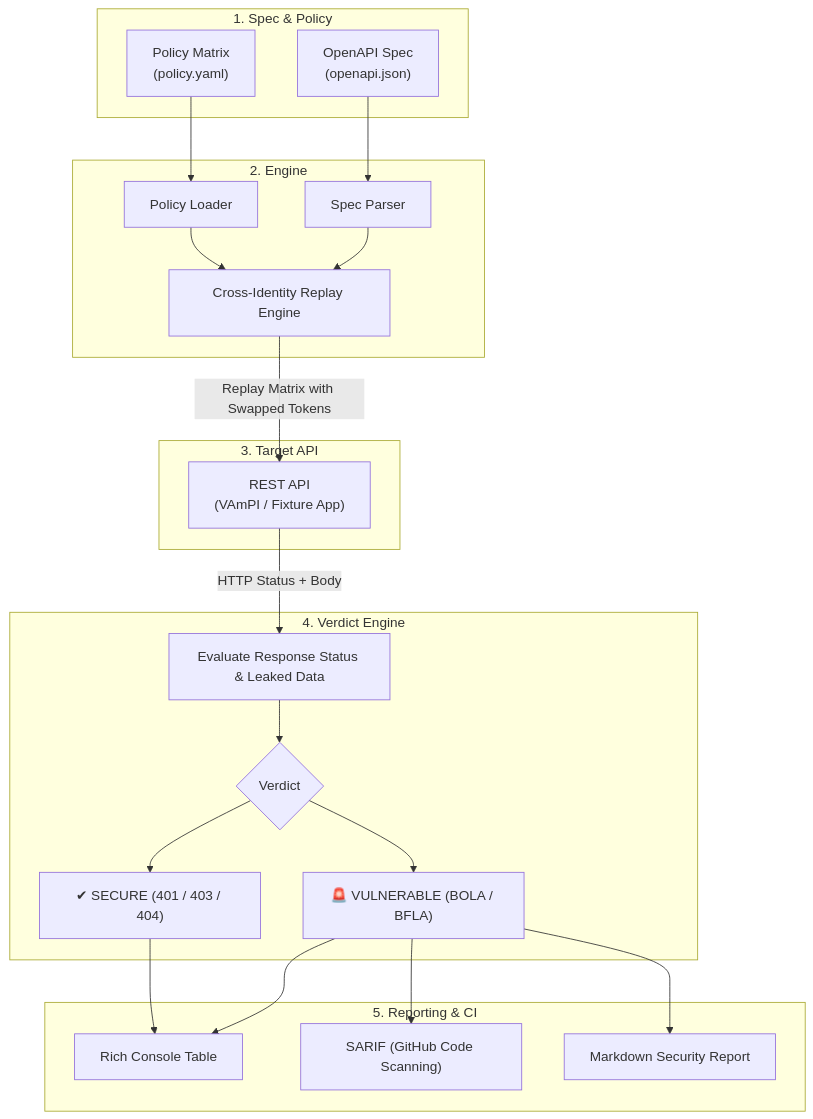
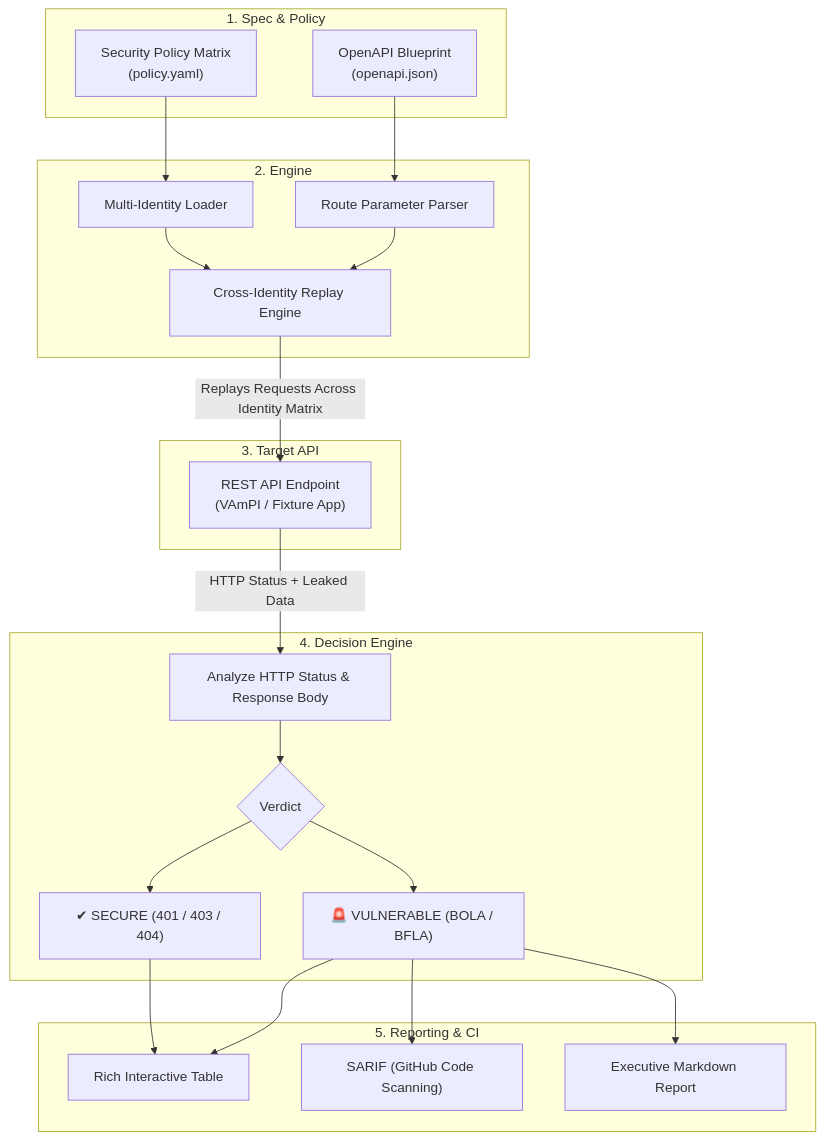
One commit to SreeragPramod/authz-probe changed the diagram in README.md. Above: the diagram before and after it, drawn with Mermaid. The commit also changed other lines of this file, not shown here.

````diff
--- a/README.md
+++ b/README.md
@@ -28,44 +43,44 @@
 ```mermaid
 flowchart TD
     subgraph Inputs["1. Spec & Policy"]
-        Spec["OpenAPI Spec<br/>(openapi.json)"]
-        Policy["Policy Matrix<br/>(policy.yaml)"]
+        Spec["OpenAPI Blueprint<br/>(openapi.json)"]
+        Policy["Security Policy Matrix<br/>(policy.yaml)"]
     end
 
     subgraph Core["2. Engine"]
-        Parser["Spec Parser"]
-        Loader["Policy Loader"]
+        Parser["Route Parameter Parser"]
+        Loader["Multi-Identity Loader"]
         Replay["Cross-Identity Replay Engine"]
     end
 
     subgraph Target["3. Target API"]
-        API["REST API<br/>(VAmPI / Fixture App)"]
+        API["REST API Endpoint<br/>(VAmPI / Fixture App)"]
     end
 
-    subgraph Verdict["4. Verdict Engine"]
-        Decision["Evaluate Response Status & Leaked Data"]
+    subgraph Verdict["4. Decision Engine"]
+        Decision["Analyze HTTP Status & Response Body"]
         Classify{"Verdict"}
         Vuln["🚨 VULNERABLE (BOLA / BFLA)"]
         Clean["✔ SECURE (401 / 403 / 404)"]
     end
 
     subgraph Output["5. Reporting & CI"]
-        Console["Rich Console Table"]
+        Console["Rich Interactive Table"]
         SARIF["SARIF (GitHub Code Scanning)"]
-        MD["Markdown Security Report"]
+        MD["Executive Markdown Report"]
     end
 
     Spec --> Parser
     Policy --> Loader
     Parser --> Replay
     Loader --> Replay
-    Replay -->|Replay Matrix with Swapped Tokens| API
-    API -->|HTTP Status + Body| Decision
+    Replay -->|Replays Requests Across Identity Matrix| API
+    API -->|HTTP Status + Leaked Data| Decision
     Decision --> Classify
     Classify --> Vuln
     Classify --> Clean
     Vuln --> Console
     Vuln --> SARIF
     Vuln --> MD
     Clean --> Console
 ```
````
